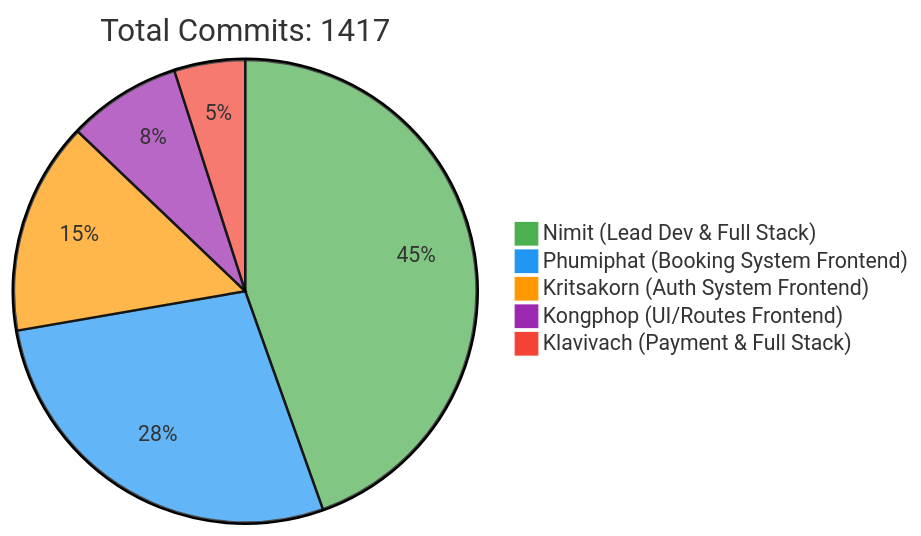
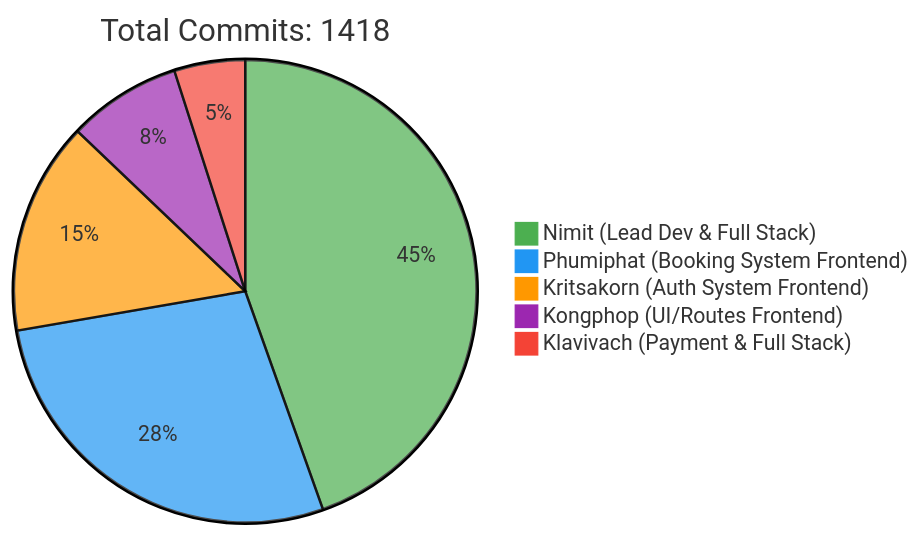
One commit to 6531503042/Sport-Complex changed the first of 2 diagrams in README.md. Above: the diagram before and after it, drawn with Mermaid. The commit also changed other lines of this file, not shown here.

Commit message:
docs: Update contributor statistics [skip ci]

````diff
--- a/README.md
+++ b/README.md
@@ -257,10 +257,10 @@
 ```mermaid
 %%{init: {'theme': 'base', 'themeVariables': { 'pie1': '#4CAF50', 'pie2': '#2196F3', 'pie3': '#FF9800', 'pie4': '#9C27B0', 'pie5': '#F44336'}}}%%
 pie
-    title Total Commits: 1417
+    title Total Commits: 1418
     "Nimit (Lead Dev & Full Stack)" : 450
     "Phumiphat (Booking System Frontend)" : 280
     "Kritsakorn (Auth System Frontend)" : 150
     "Kongphop (UI/Routes Frontend)" : 80
     "Klavivach (Payment & Full Stack)" : 50
 ```
````
